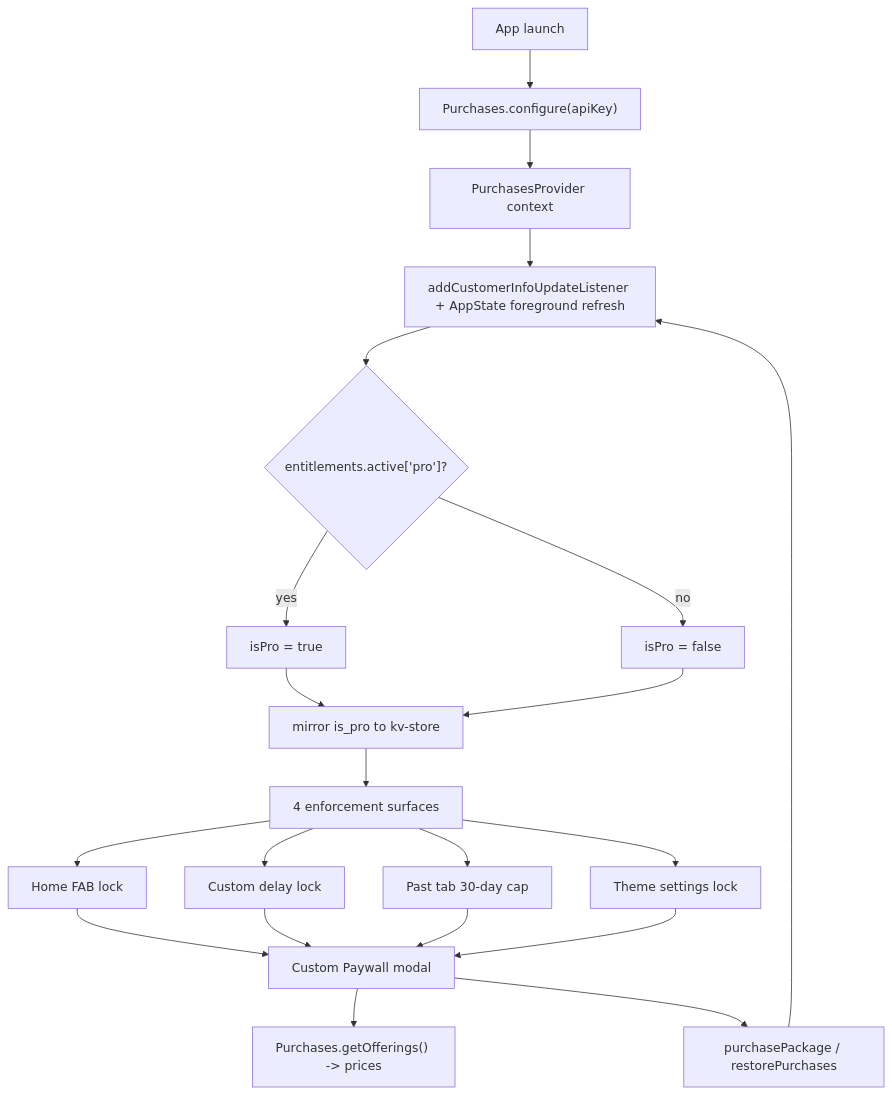
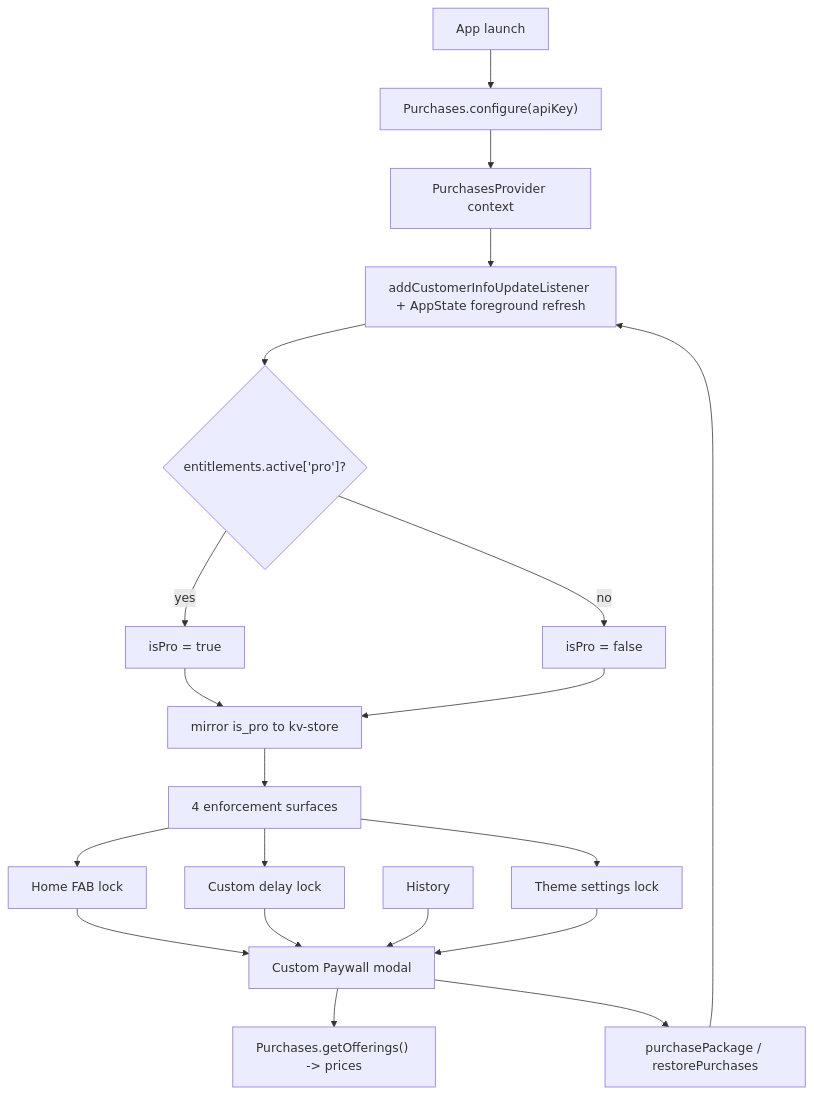
One commit to jonathanwong0908/wants changed the diagram in PAYMENTS_SETUP.md. Above: the diagram before and after it, drawn with Mermaid. The commit also changed other lines of this file and 15 other files, not shown here.

````diff
--- a/PAYMENTS_SETUP.md
+++ b/PAYMENTS_SETUP.md
@@ -41,23 +41,22 @@
 ```mermaid
 flowchart TD
   Launch[App launch] --> Configure["Purchases.configure(apiKey)"]
   Configure --> Provider[PurchasesProvider context]
   Provider --> Listener[addCustomerInfoUpdateListener + AppState foreground refresh]
   Listener --> Entitlement{"entitlements.active['pro']?"}
   Entitlement -->|yes| Pro[isPro = true]
   Entitlement -->|no| Free[isPro = false]
   Pro --> Mirror["mirror is_pro to kv-store"]
   Free --> Mirror
   Mirror --> Gates[4 enforcement surfaces]
   Gates --> FAB[Home FAB lock]
   Gates --> Delay[Custom delay lock]
-  Gates --> History[Past tab 30-day cap]
   Gates --> Theme[Theme settings lock]
   FAB --> Paywall[Custom Paywall modal]
   Delay --> Paywall
   History --> Paywall
   Theme --> Paywall
   Paywall --> Offerings["Purchases.getOfferings() -> prices"]
   Paywall --> Purchase["purchasePackage / restorePurchases"]
   Purchase --> Listener
 ```
````
